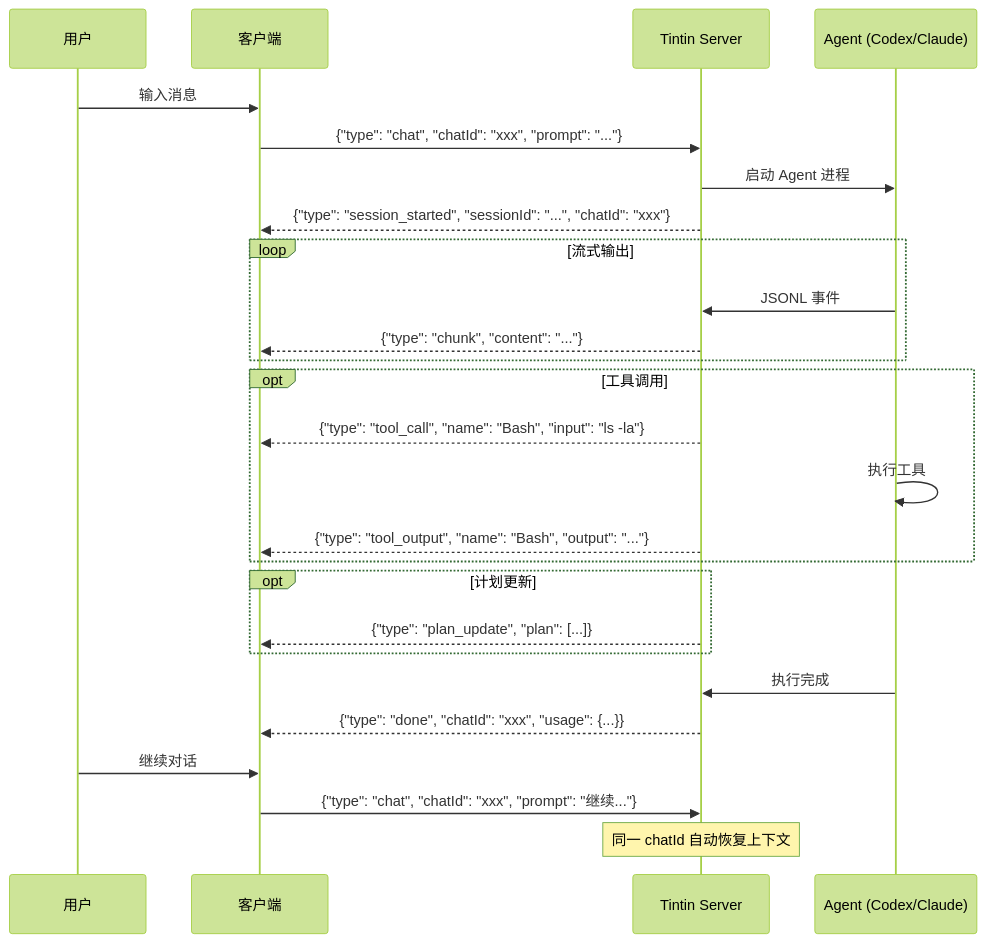
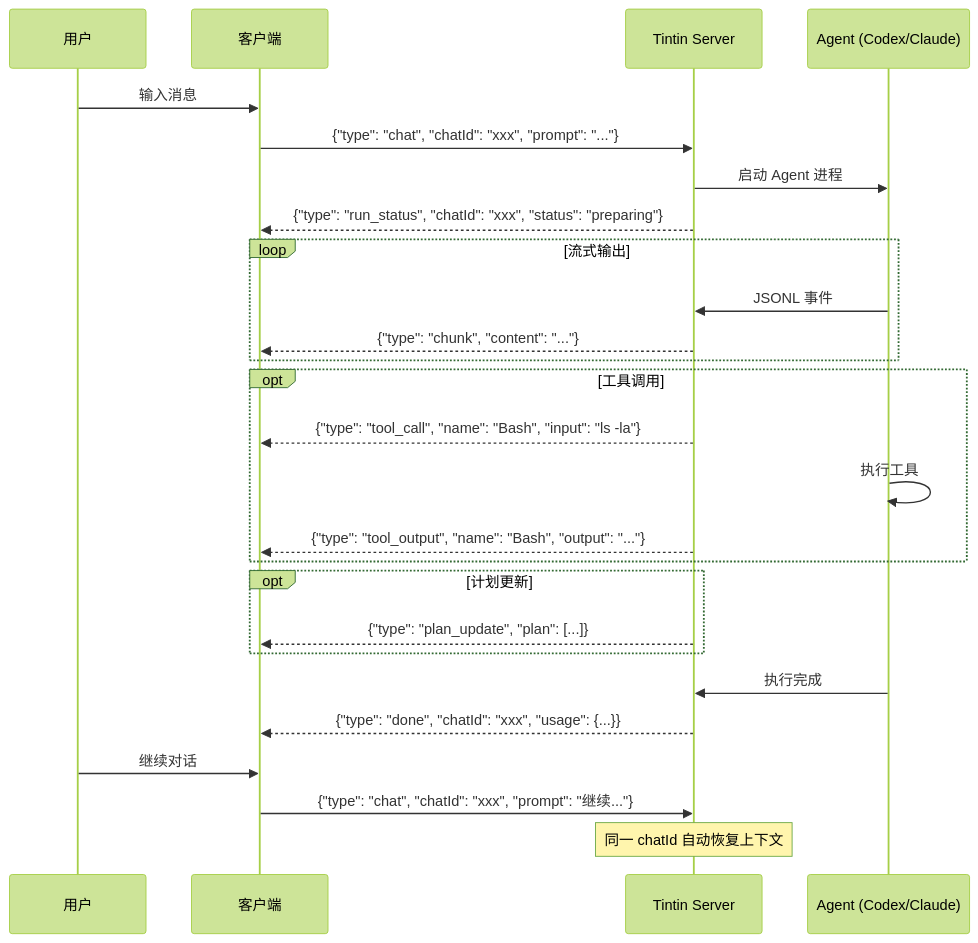
One commit to fuzzland/tintin changed the fourth of 10 diagrams in docs/websocket-integration-guide.md. Above: the diagram before and after it, drawn with Mermaid (forest theme). The commit also changed other lines of this file and 2 other files, not shown here.

First line of the commit message:
docs: update architecture diagrams and refactoring plan

````diff
--- a/docs/websocket-integration-guide.md
+++ b/docs/websocket-integration-guide.md
@@ -316,35 +313,35 @@
 ```mermaid
 sequenceDiagram
     participant U as 用户
     participant C as 客户端
     participant S as Tintin Server
     participant A as Agent (Codex/Claude)
 
     U->>C: 输入消息
     C->>S: {"type": "chat", "chatId": "xxx", "prompt": "..."}
 
     S->>A: 启动 Agent 进程
-    S-->>C: {"type": "session_started", "sessionId": "...", "chatId": "xxx"}
+    S-->>C: {"type": "run_status", "chatId": "xxx", "status": "preparing"}
 
     loop 流式输出
         A->>S: JSONL 事件
         S-->>C: {"type": "chunk", "content": "..."}
     end
 
     opt 工具调用
         S-->>C: {"type": "tool_call", "name": "Bash", "input": "ls -la"}
         A->>A: 执行工具
         S-->>C: {"type": "tool_output", "name": "Bash", "output": "..."}
     end
 
     opt 计划更新
         S-->>C: {"type": "plan_update", "plan": [...]}
     end
 
     A->>S: 执行完成
     S-->>C: {"type": "done", "chatId": "xxx", "usage": {...}}
 
     U->>C: 继续对话
     C->>S: {"type": "chat", "chatId": "xxx", "prompt": "继续..."}
     Note over S: 同一 chatId 自动恢复上下文
 ```
````
